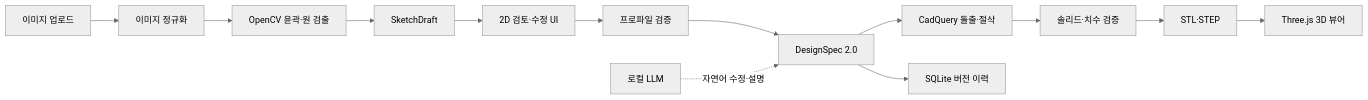
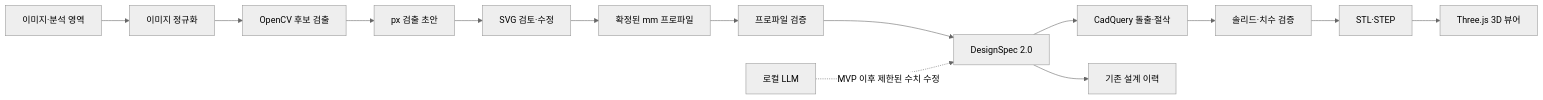
One commit to jngbnss/local-ai-cad changed the diagram in docs/track-d-2d-drawing-import-design.md. Above: the diagram before and after it, drawn with Mermaid (neutral theme). The commit also changed other lines of this file and 1 other file, not shown here.

````diff
--- a/docs/track-d-2d-drawing-import-design.md
+++ b/docs/track-d-2d-drawing-import-design.md
@@ -67,15 +69,16 @@
 ```mermaid
 flowchart LR
-    U[이미지 업로드] --> N[이미지 정규화]
-    N --> CV[OpenCV 윤곽·원 검출]
-    CV --> D[SketchDraft]
-    D --> E[2D 검토·수정 UI]
-    E --> V[프로파일 검증]
+    U[이미지·분석 영역] --> N[이미지 정규화]
+    N --> CV[OpenCV 후보 검출]
+    CV --> D[px 검출 초안]
+    D --> E[SVG 검토·수정]
+    E --> M[확정된 mm 프로파일]
+    M --> V[프로파일 검증]
     V --> S[DesignSpec 2.0]
     S --> CQ[CadQuery 돌출·절삭]
     CQ --> G[솔리드·치수 검증]
     G --> A[STL·STEP]
     A --> T[Three.js 3D 뷰어]
-    S --> H[SQLite 버전 이력]
-    L[로컬 LLM] -.자연어 수정·설명.-> S
+    S --> H[기존 설계 이력]
+    L[로컬 LLM] -.MVP 이후 제한된 수치 수정.-> S
 ```
````
